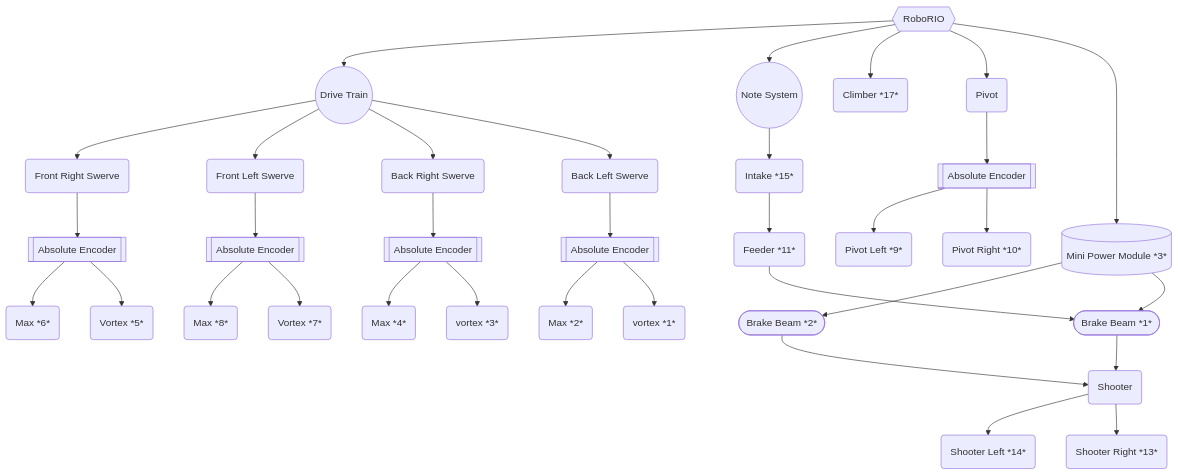
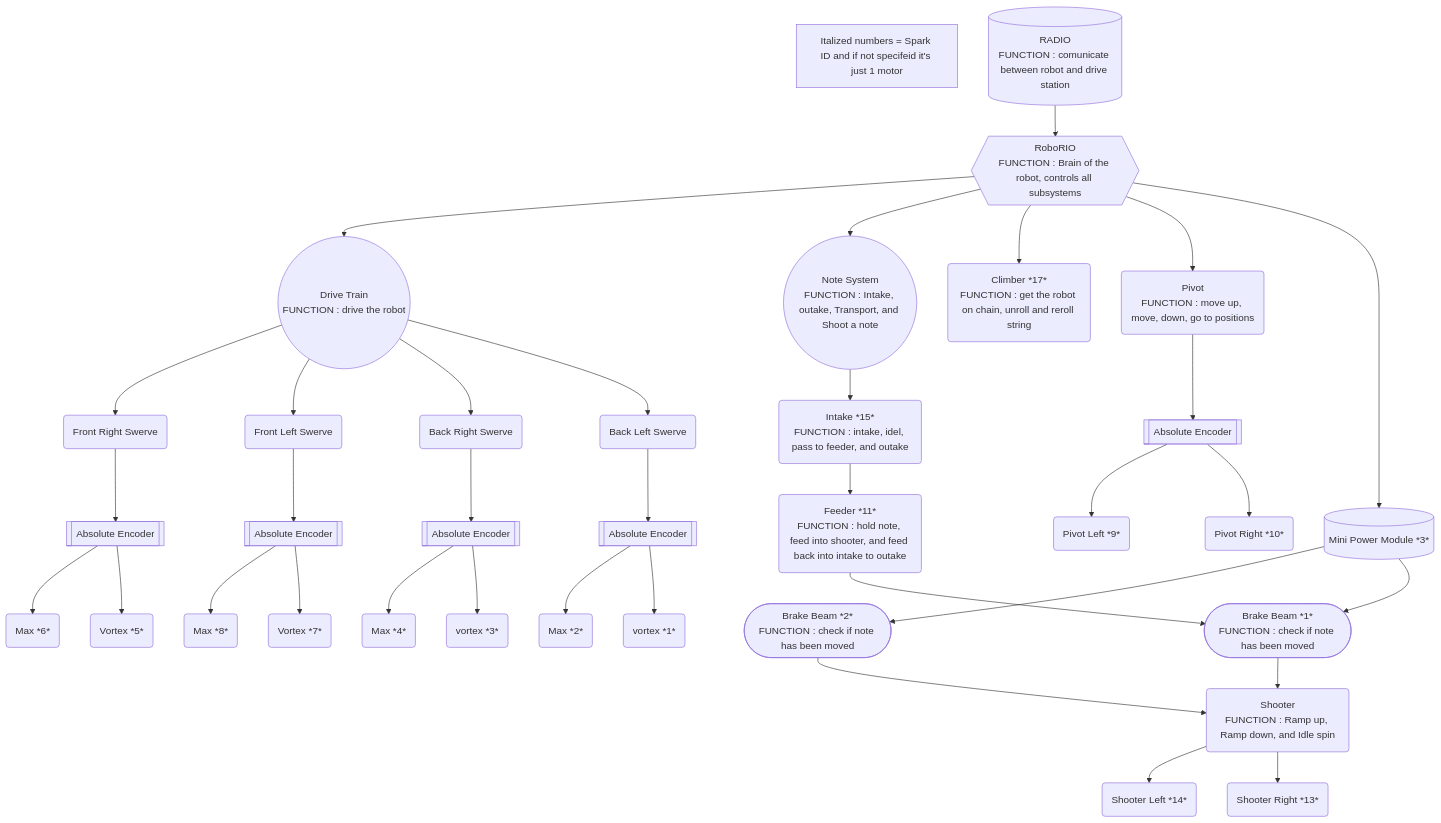
One commit to richardson-area-wide-robotics/FRC24-Crescendo-Offseason changed the diagram in tony_graphs.md. Above: the diagram before and after it, drawn with Mermaid.

````diff
--- a/tony_graphs.md
+++ b/tony_graphs.md
@@ -1,36 +1,49 @@
 ```mermaid
 graph TD;
-    A{{RoboRIO}}-->2;
-    2((Drive Train));
-    A-->3((Note System));
-    3-->B(Intake *15*);
-    12-->c(Shooter);
+    A{{RoboRIO
+FUNCTION : Brain of the robot, controls all subsystems}}-->2;
+    2((Drive Train
+FUNCTION : drive the robot ));
+    A-->3((Note System
+FUNCTION : Intake, outake, Transport, and Shoot a note));
+    3-->B(Intake *15*
+FUNCTION : intake, idel, pass to feeder, and outake);
+    12-->c(Shooter
+FUNCTION : Ramp up, Ramp down, and Idle spin);
     c-->s(Shooter Left *14*);
     c-->t(Shooter Right *13*);
-    A-->d(Climber *17*);
-    B-->e(Feeder *11*);
-    A-->f(Pivot);
+    A-->d(Climber *17*
+FUNCTION : get the robot on chain, unroll and reroll string);
+    B-->e(Feeder *11*
+FUNCTION : hold note, feed into shooter, and feed back into intake to outake);
+    A-->f(Pivot
+FUNCTION : move up, move, down, go to positions);
     9-->u(Pivot Left *9*)
     9-->v(Pivot Right *10*)
     2-->g(Front Right Swerve);
     2-->h(Front Left Swerve);
     2-->i(Back Right Swerve);
     2-->j(Back Left Swerve);
     5-->k(Max *6*);
     6-->l(Max *8*);
     7-->m(Max *4*);
     8-->n(Max *2*);
     5-->o(Vortex *5*);
     6-->p(Vortex *7*);
     7-->q(vortex *3*);
     8-->r(vortex *1*);
     g-->5[[Absolute Encoder]];
     h-->6[[Absolute Encoder]];
     i-->7[[Absolute Encoder]];
     j-->8[[Absolute Encoder]];
     f-->9[[Absolute Encoder]];
-    15-->11([Brake Beam *2*])-->c;
-    e-->12([Brake Beam *1*]);
+    15-->11([Brake Beam *2*
+FUNCTION : check if note has been moved])-->c;
+    e-->12([Brake Beam *1*
+FUNCTION : check if note has been moved]);
     A-->15[(Mini Power Module *3*)]-->12;
+    25[Italized numbers = Spark ID and if not specifeid it's just 1 motor];
+    75[(RADIO
+FUNCTION : comunicate between robot and drive station)]-->A;
 
 ```
````
